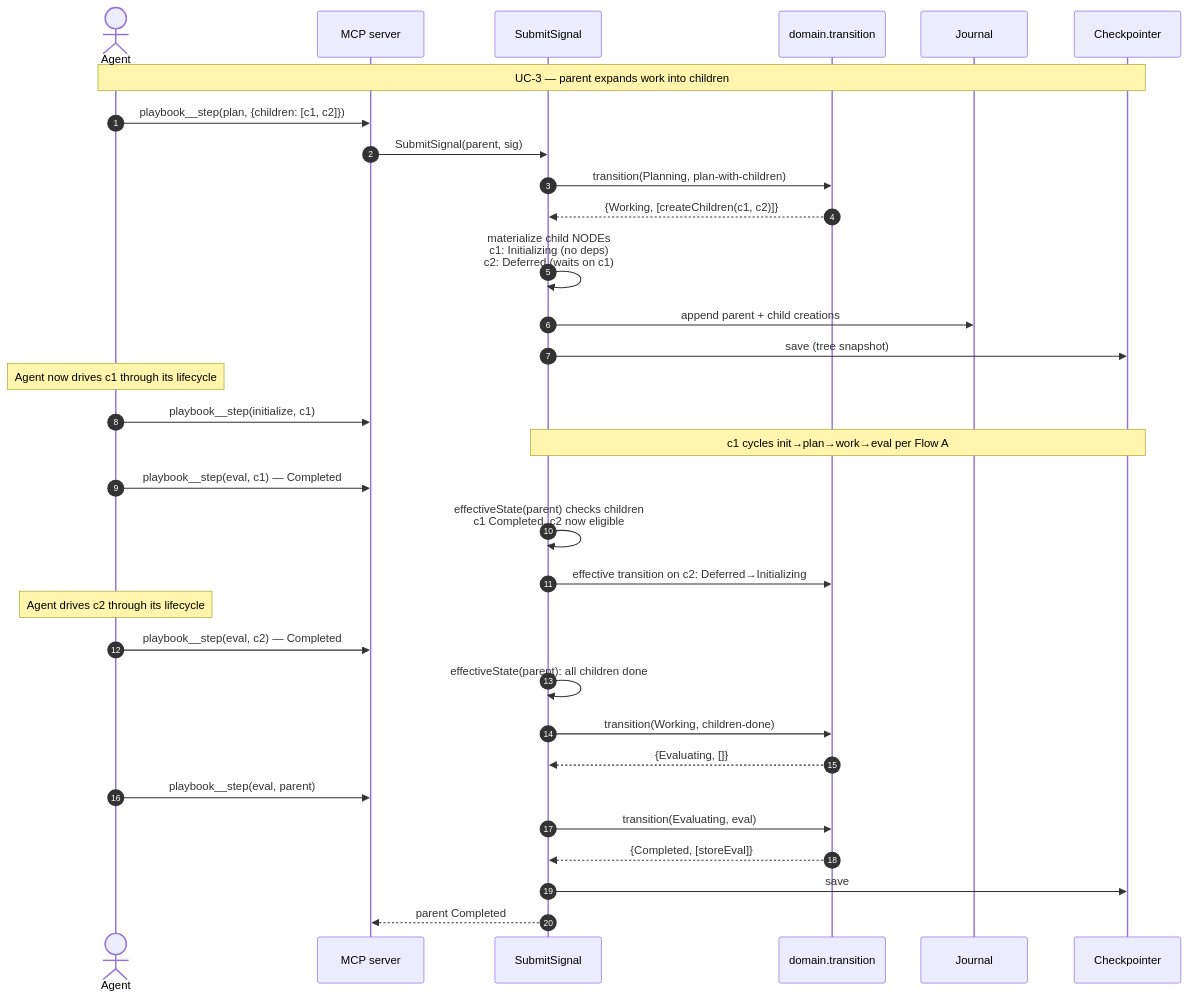
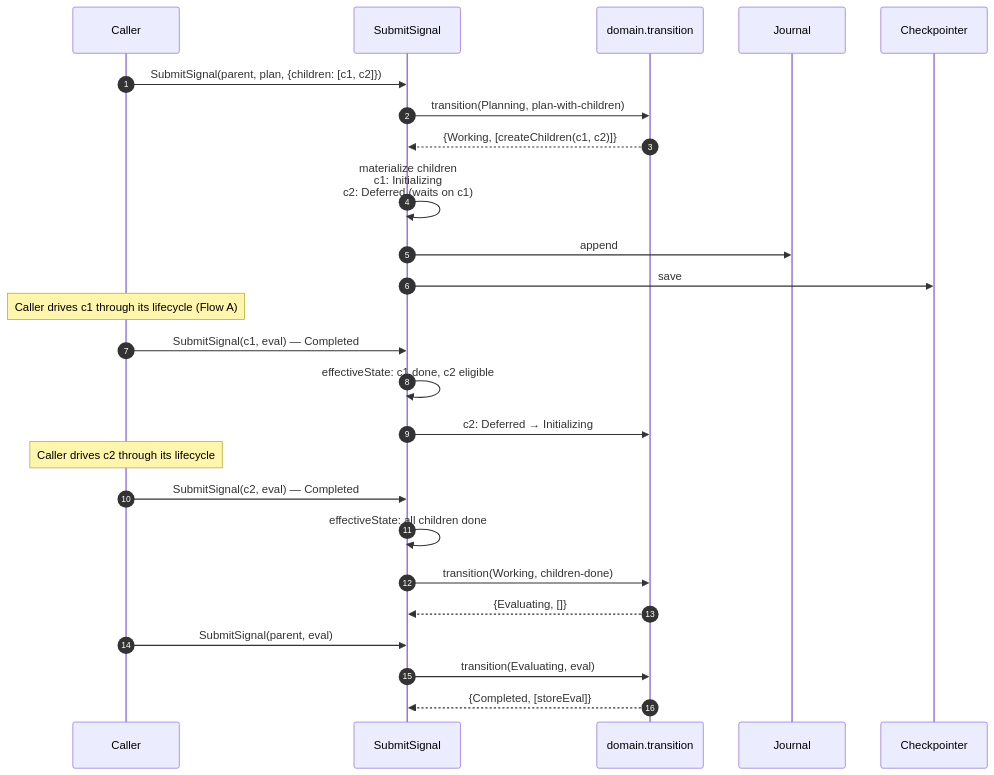
One commit to foreman-lab/handbook changed the third of 5 diagrams in architecture.md. Above: the diagram before and after it, drawn with Mermaid. The commit also changed other lines of this file, not shown here.

First line of the commit message:
docs: make state machine architecture standalone (no transport)

````diff
--- a/architecture.md
+++ b/architecture.md
@@ -448,42 +427,33 @@
 ```mermaid
 sequenceDiagram
     autonumber
-    actor Ag as Agent
-    participant MCP as MCP server
+    participant C as Caller
     participant UC as SubmitSignal
     participant Dom as domain.transition
     participant JR as Journal
     participant CP as Checkpointer
 
-    Note over Ag,CP: UC-3 — parent expands work into children
-
-    Ag->>MCP: playbook__step(plan, {children: [c1, c2]})
-    MCP->>UC: SubmitSignal(parent, sig)
+    C->>UC: SubmitSignal(parent, plan, {children: [c1, c2]})
     UC->>Dom: transition(Planning, plan-with-children)
     Dom-->>UC: {Working, [createChildren(c1, c2)]}
-    UC->>UC: materialize child NODEs<br/>c1: Initializing (no deps)<br/>c2: Deferred (waits on c1)
-    UC->>JR: append parent + child creations
-    UC->>CP: save (tree snapshot)
+    UC->>UC: materialize children<br/>c1: Initializing<br/>c2: Deferred (waits on c1)
+    UC->>JR: append
+    UC->>CP: save
 
-    Note over Ag: Agent now drives c1 through its lifecycle
+    Note over C: Caller drives c1 through its lifecycle (Flow A)
+    C->>UC: SubmitSignal(c1, eval) — Completed
 
-    Ag->>MCP: playbook__step(initialize, c1)
-    Note over UC,CP: c1 cycles init→plan→work→eval per Flow A
-    Ag->>MCP: playbook__step(eval, c1) — Completed
+    UC->>UC: effectiveState: c1 done, c2 eligible
+    UC->>Dom: c2: Deferred → Initializing
 
-    UC->>UC: effectiveState(parent) checks children<br/>c1 Completed, c2 now eligible
-    UC->>Dom: effective transition on c2: Deferred→Initializing
+    Note over C: Caller drives c2 through its lifecycle
+    C->>UC: SubmitSignal(c2, eval) — Completed
 
-    Note over Ag: Agent drives c2 through its lifecycle
-    Ag->>MCP: playbook__step(eval, c2) — Completed
-
-    UC->>UC: effectiveState(parent): all children done
+    UC->>UC: effectiveState: all children done
     UC->>Dom: transition(Working, children-done)
     Dom-->>UC: {Evaluating, []}
 
-    Ag->>MCP: playbook__step(eval, parent)
+    C->>UC: SubmitSignal(parent, eval)
     UC->>Dom: transition(Evaluating, eval)
     Dom-->>UC: {Completed, [storeEval]}
-    UC->>CP: save
-    UC-->>MCP: parent Completed
 ```
````
